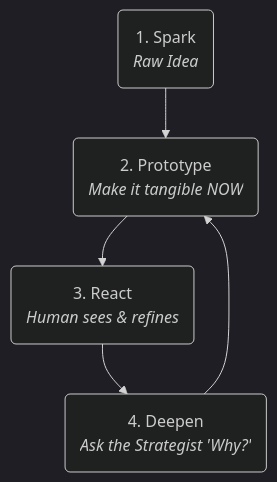
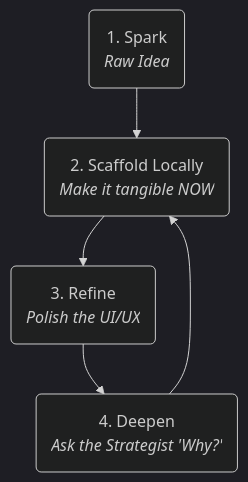
The diagram in 01_playbook-genesis-cycle.md (richfrem/quantum-diamond), drawn with Mermaid (dark theme) before and after one commit. The commit also changed other lines of this file and 7 other files, not shown here.

````diff
--- a/01_playbook-genesis-cycle.md
+++ b/01_playbook-genesis-cycle.md
@@ -18,7 +21,7 @@
 ```mermaid
 graph TD
-    A(1. Spark<br/><i>Raw Idea</i>) --> B(2. Prototype<br/><i>Make it tangible NOW</i>);
-    B --> C(3. React<br/><i>Human sees & refines</i>);
+    A(1. Spark<br/><i>Raw Idea</i>) --> B(2. Scaffold Locally<br/><i>Make it tangible NOW</i>);
+    B --> C(3. Refine<br/><i>Polish the UI/UX</i>);
     C --> D(4. Deepen<br/><i>Ask the Strategist 'Why?'</i>);
     D --> B;
 ```
````
